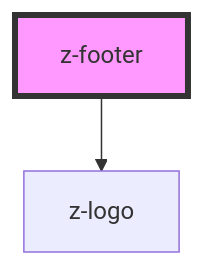
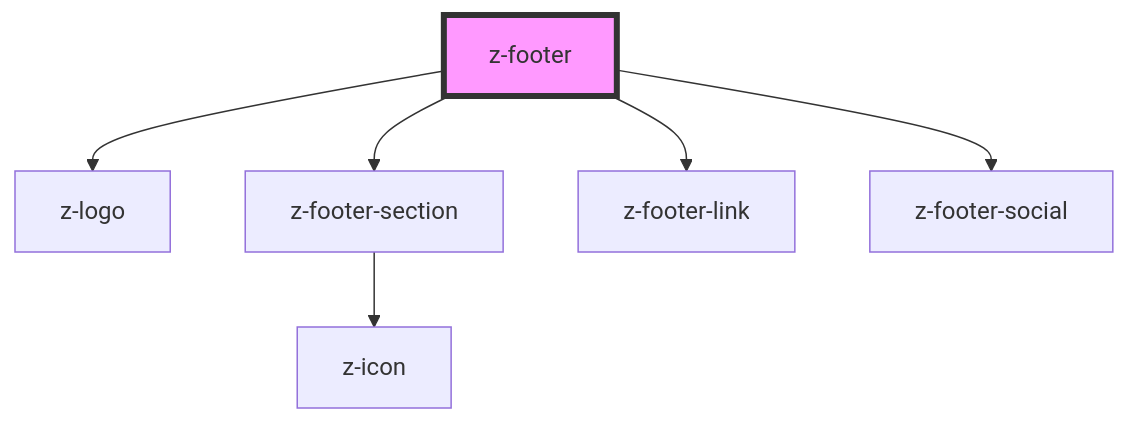
Before and after one commit to ZanichelliEditore/design-system: the diagram in src/components/footer/z-footer/readme.md, drawn with Mermaid. The commit also changed other lines of this file and 7 other files, not shown here.

````diff
--- a/src/components/footer/z-footer/readme.md
+++ b/src/components/footer/z-footer/readme.md
@@ -24,5 +35,9 @@
 ```mermaid
 graph TD;
   z-footer --> z-logo
+  z-footer --> z-footer-section
+  z-footer --> z-footer-link
+  z-footer --> z-footer-social
+  z-footer-section --> z-icon
   style z-footer fill:#f9f,stroke:#333,stroke-width:4px
 ```
````
